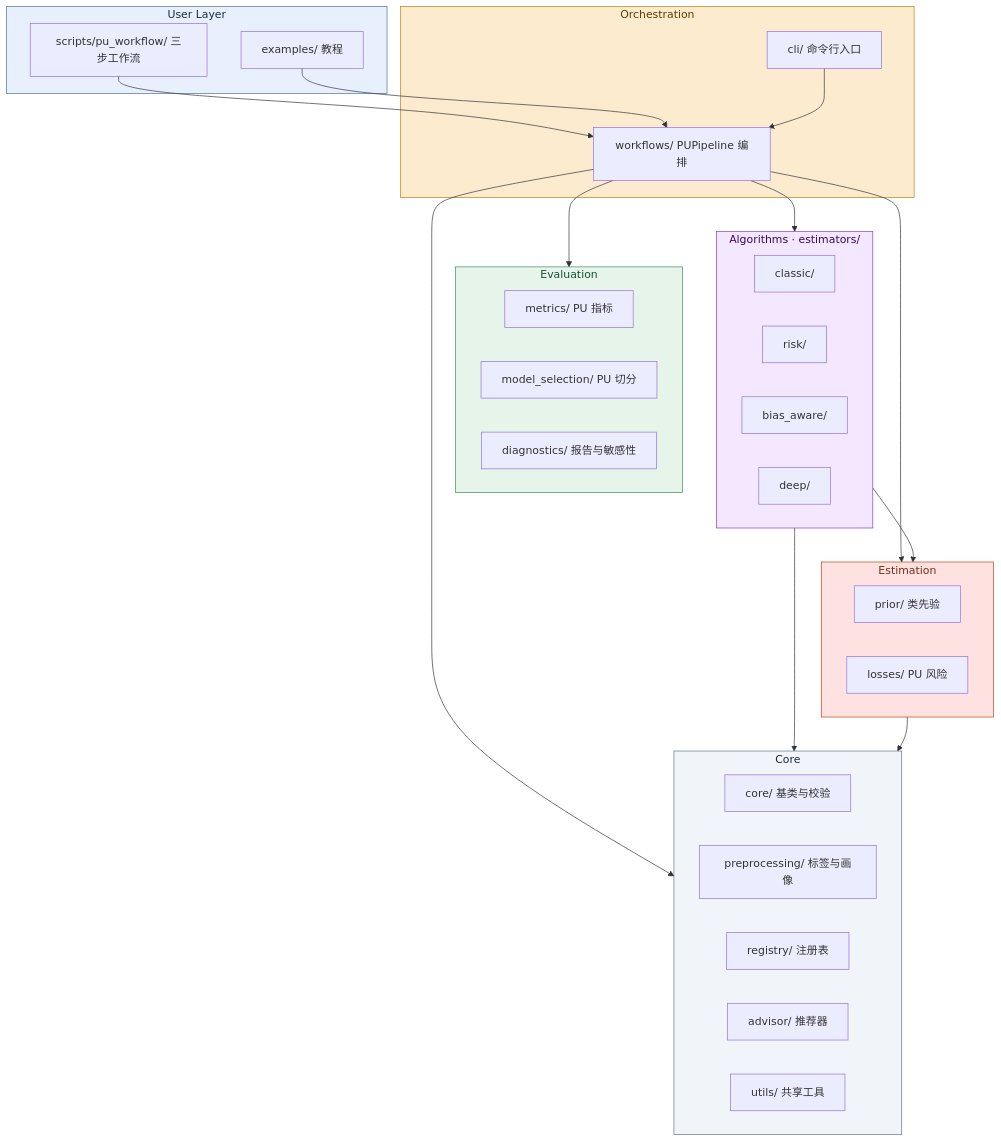
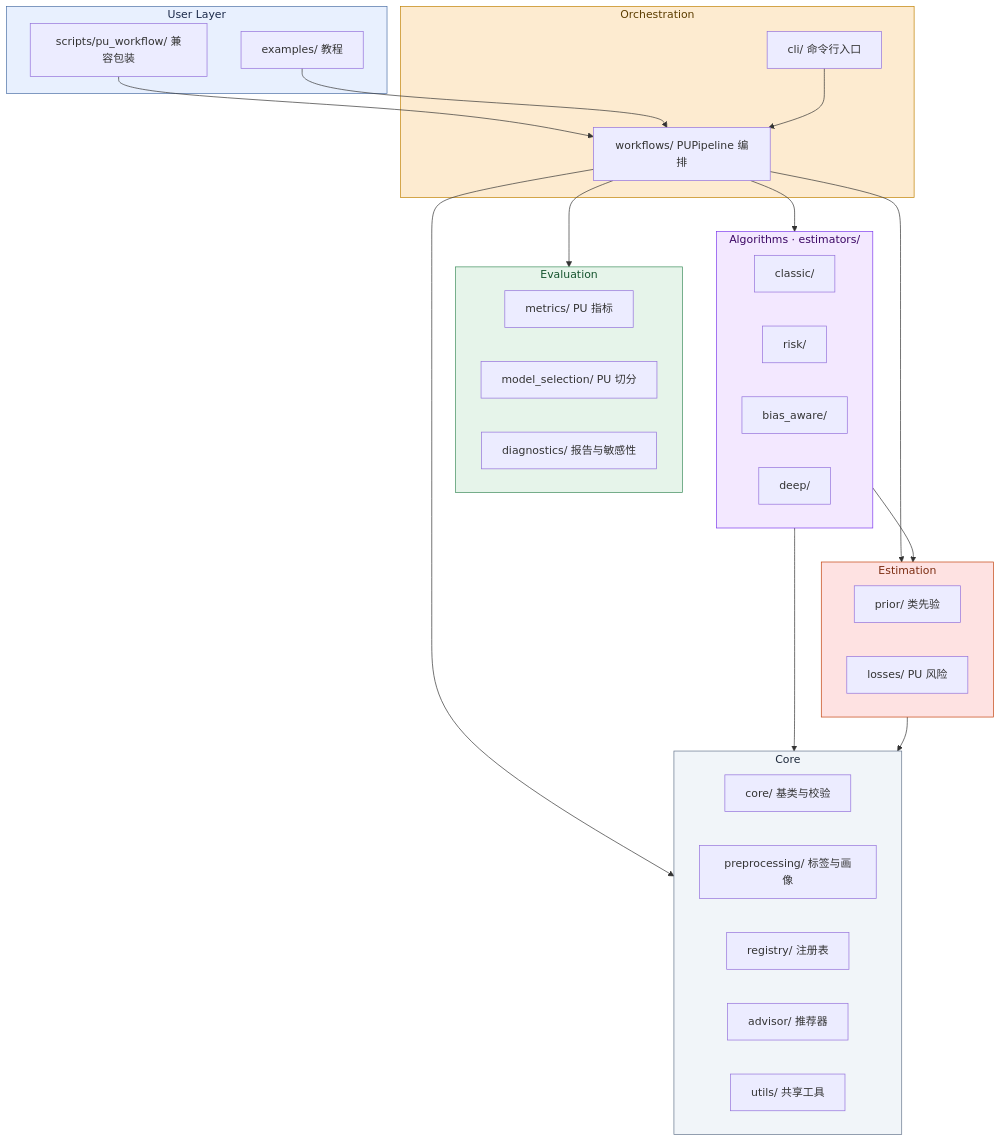
One commit to shuidisjtu/pu-learning-toolbox changed the second of 2 diagrams in docs/dev/architecture.md. Above: the diagram before and after it, drawn with Mermaid. The commit also changed other lines of this file and 43 other files, not shown here.

````diff
--- a/docs/dev/architecture.md
+++ b/docs/dev/architecture.md
@@ -44,51 +44,51 @@
 ```mermaid
 flowchart TB
     subgraph UL["User Layer"]
         EX["examples/ 教程"]
-        WFS["scripts/pu_workflow/ 三步工作流"]
+        WFS["scripts/pu_workflow/ 兼容包装"]
     end
     subgraph OR["Orchestration"]
         CLI["cli/ 命令行入口"]
         PPL["workflows/ PUPipeline 编排"]
     end
     subgraph EV["Evaluation"]
         MET["metrics/ PU 指标"]
         MS["model_selection/ PU 切分"]
         DG["diagnostics/ 报告与敏感性"]
     end
     subgraph AL["Algorithms · estimators/"]
         CLC["classic/"]
         RSK["risk/"]
         BIA["bias_aware/"]
         DEE["deep/"]
     end
     subgraph ES["Estimation"]
         PR["prior/ 类先验"]
         LS["losses/ PU 风险"]
     end
     subgraph CR["Core"]
         CORE["core/ 基类与校验"]
         PRE["preprocessing/ 标签与画像"]
         REG["registry/ 注册表"]
         ADV["advisor/ 推荐器"]
         UTL["utils/ 共享工具"]
     end
 
     WFS --> PPL
     EX --> PPL
     CLI --> PPL
     PPL --> EV
     PPL --> AL
     PPL --> ES
     PPL --> CR
     AL --> ES
     AL --> CR
     ES --> CR
 
     style UL fill:#E8F0FE,stroke:#4A6FA5,color:#1B2A4A
     style OR fill:#FDEBD0,stroke:#C08000,color:#5C3D00
     style EV fill:#E6F4EA,stroke:#3C8C5C,color:#14532D
     style AL fill:#F3E8FF,stroke:#7C3AED,color:#3B0764
     style ES fill:#FEE2E2,stroke:#C2410C,color:#7C2D12
     style CR fill:#F1F5F9,stroke:#64748B,color:#1E293B
 ```
````
